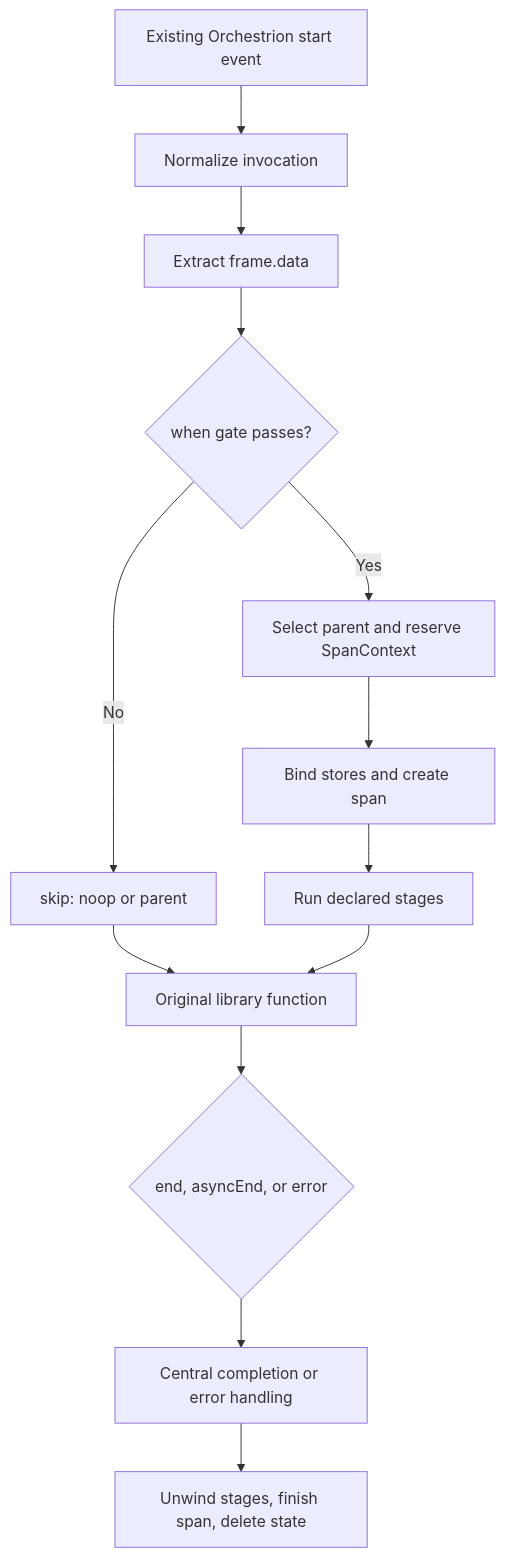
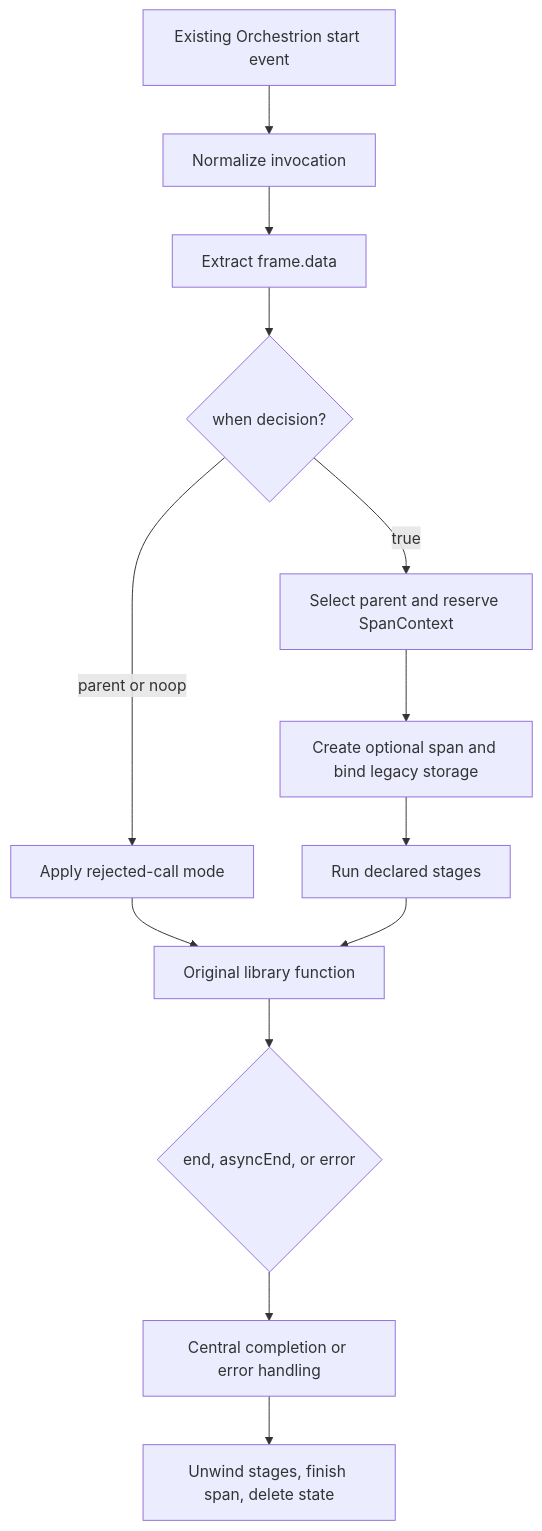
Before and after one commit to DataDog/dd-trace-js: the second of 3 diagrams in docs/INTEGRATION_PIPELINE_OVERVIEW.md, drawn with Mermaid. The commit also changed other lines of this file and 12 other files, not shown here.

````diff
--- a/docs/INTEGRATION_PIPELINE_OVERVIEW.md
+++ b/docs/INTEGRATION_PIPELINE_OVERVIEW.md
@@ -44,15 +43,15 @@
 ```mermaid
 flowchart TD
     A["Existing Orchestrion start event"] --> B["Normalize invocation"]
     B --> C["Extract frame.data"]
-    C --> D{"when gate passes?"}
-    D -- "No" --> E["skip: noop or parent"]
-    D -- "Yes" --> F["Select parent and reserve SpanContext"]
-    F --> G["Bind stores and create span"]
+    C --> D{"when decision?"}
+    D -- "parent or noop" --> E["Apply rejected-call mode"]
+    D -- "true" --> F["Select parent and reserve SpanContext"]
+    F --> G["Create optional span and bind legacy storage"]
     G --> H["Run declared stages"]
     E --> I["Original library function"]
     H --> I
     I --> J{"end, asyncEnd, or error"}
     J --> K["Central completion or error handling"]
     K --> L["Unwind stages, finish span, delete state"]
 ```
````
